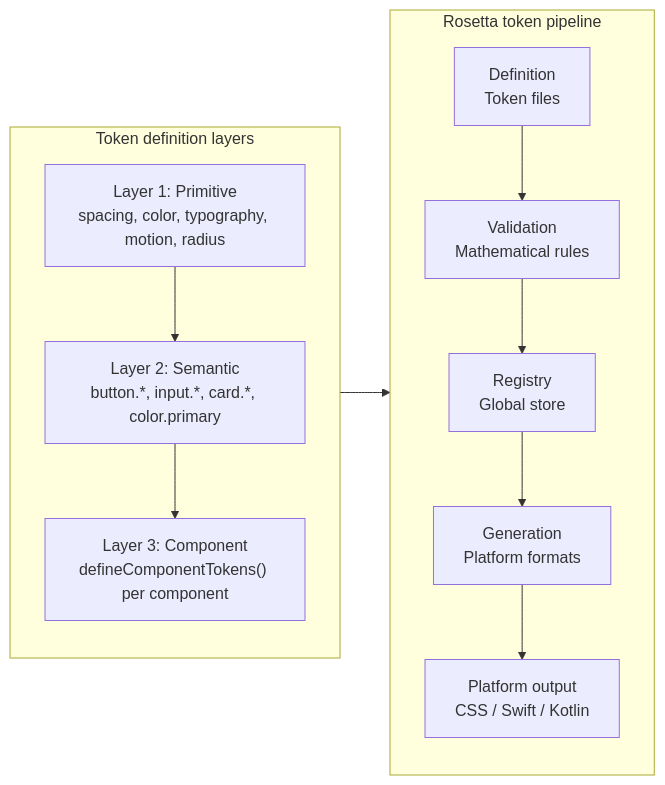
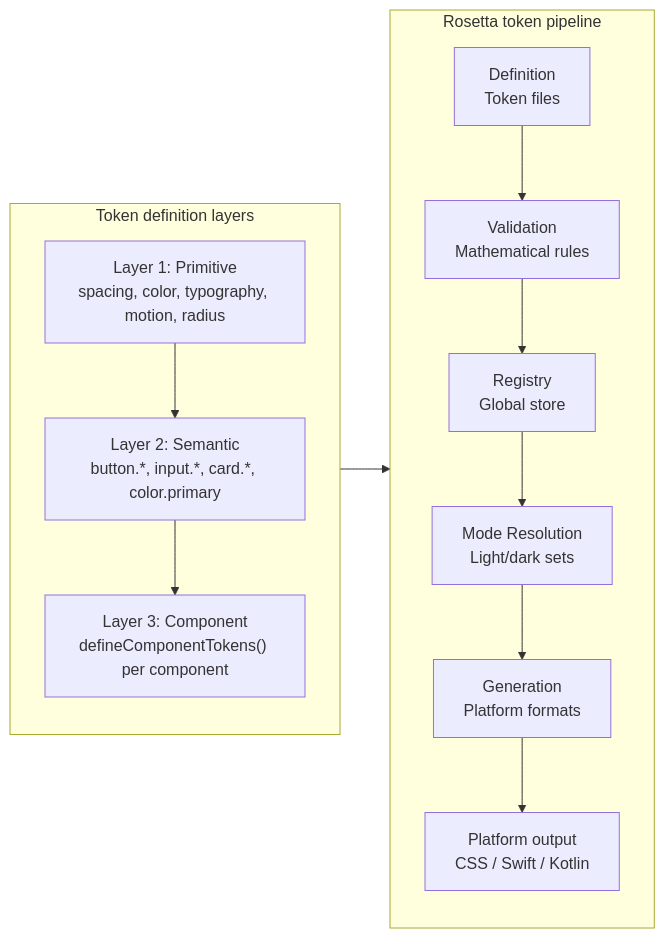
One commit to 3fn/DesignerPunk changed the second of 6 diagrams in .kiro/steering/DesignerPunk-Systems-Overview.md. Above: the diagram before and after it, drawn with Mermaid. The commit also changed 258 other files, not shown here.

````diff
--- a/.kiro/steering/DesignerPunk-Systems-Overview.md
+++ b/.kiro/steering/DesignerPunk-Systems-Overview.md
@@ -87,21 +87,22 @@
 ```mermaid
 flowchart LR
     subgraph Pipeline["Rosetta token pipeline"]
         D["Definition<br/>Token files"]
         V["Validation<br/>Mathematical rules"]
         R["Registry<br/>Global store"]
+        M["Mode Resolution<br/>Light/dark sets"]
         G["Generation<br/>Platform formats"]
         O["Platform output<br/>CSS / Swift / Kotlin"]
-        D --> V --> R --> G --> O
+        D --> V --> R --> M --> G --> O
     end
 
     subgraph Layers["Token definition layers"]
         direction TB
         L1["Layer 1: Primitive<br/>spacing, color, typography, motion, radius"]
         L2["Layer 2: Semantic<br/>button.*, input.*, card.*, color.primary"]
         L3["Layer 3: Component<br/>defineComponentTokens() per component"]
         L1 --> L2 --> L3
     end
 
     Layers --> Pipeline
 ```
````
